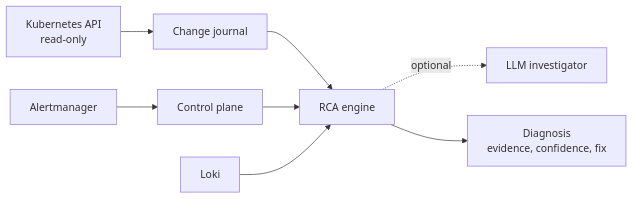
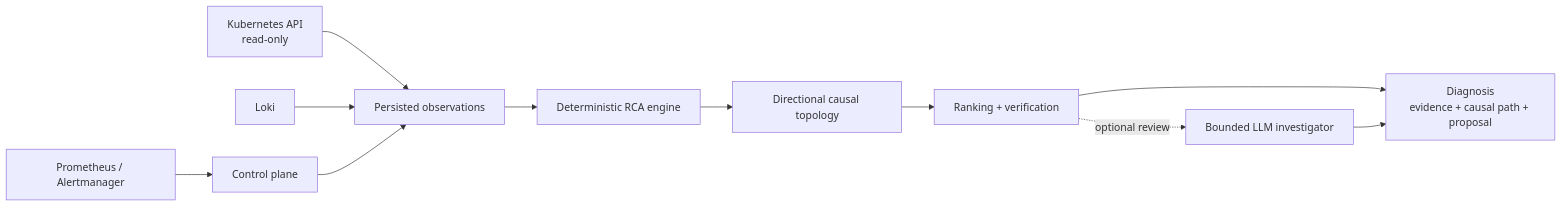
Before and after one commit to negativexq/agentic-sre: the diagram in README.md, drawn with Mermaid. The commit also changed other lines of this file, not shown here.

````diff
--- a/README.md
+++ b/README.md
@@ -62,10 +80,13 @@
 ```mermaid
 flowchart LR
-  AM[Alertmanager] --> CP[Control plane]
-  K8s[Kubernetes API<br/>read-only] --> J[Change journal]
-  J --> E[RCA engine]
-  CP --> E
-  Loki --> E
-  E -.optional.-> L[LLM investigator]
-  E --> D[Diagnosis<br/>evidence, confidence, fix]
+  K8s[Kubernetes API<br/>read-only] --> O[Persisted observations]
+  Loki[Loki] --> O
+  AM[Prometheus / Alertmanager] --> CP[Control plane]
+  CP --> O
+  O --> E[Deterministic RCA engine]
+  E --> T[Directional causal topology]
+  T --> R[Ranking + verification]
+  R -. optional review .-> L[Bounded LLM investigator]
+  R --> D[Diagnosis<br/>evidence + causal path + proposal]
+  L --> D
 ```
````
